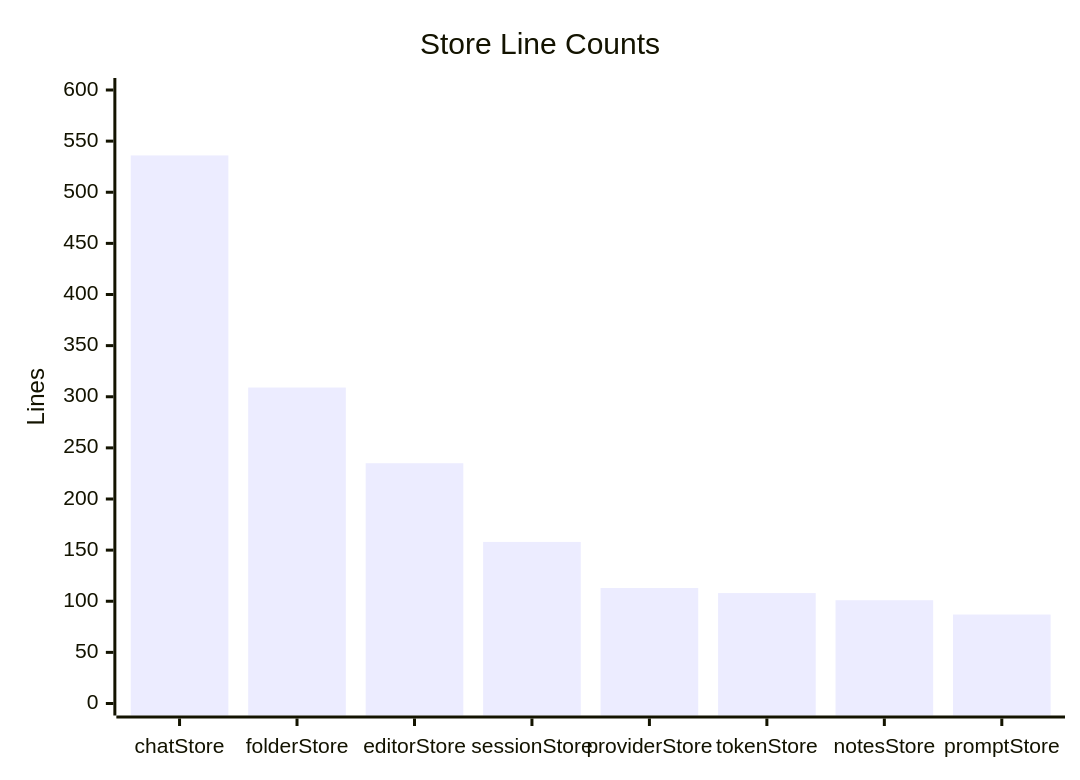
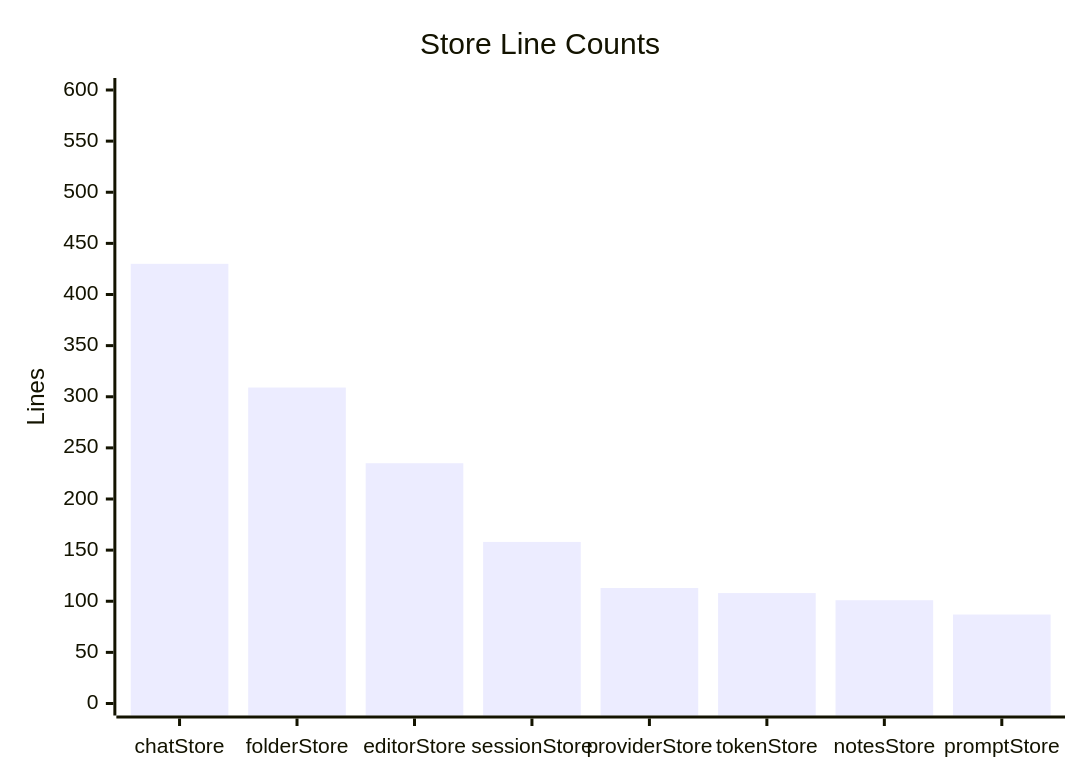
Diagram 11 of 12 in kitchen-agent/docs/specs/frontend-diagrams.md (m1981/kuchnie), drawn with Mermaid before and after one commit. The commit also changed other lines of this file and 1 other file, not shown here.

First line of the commit message:
docs: mark Phase 2 complete in refactor plan and diagrams

````diff
--- a/kitchen-agent/docs/specs/frontend-diagrams.md
+++ b/kitchen-agent/docs/specs/frontend-diagrams.md
@@ -549,7 +553,7 @@
 ```mermaid
 xychart-beta
     title "Store Line Counts"
     x-axis ["chatStore", "folderStore", "editorStore", "sessionStore", "providerStore", "tokenStore", "notesStore", "promptStore"]
     y-axis "Lines" 0 --> 600
-    bar [536, 309, 235, 158, 113, 108, 101, 87]
+    bar [430, 309, 235, 158, 113, 108, 101, 87]
 ```
````
